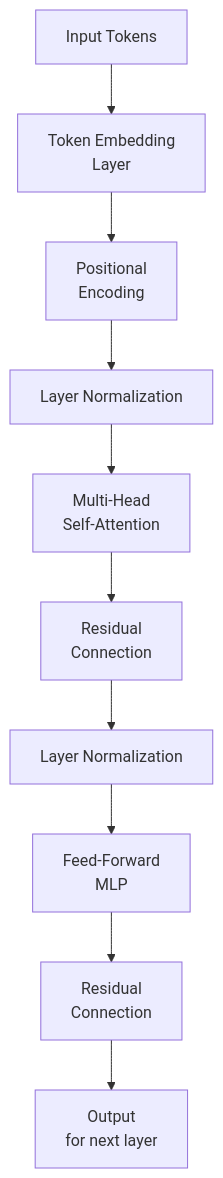
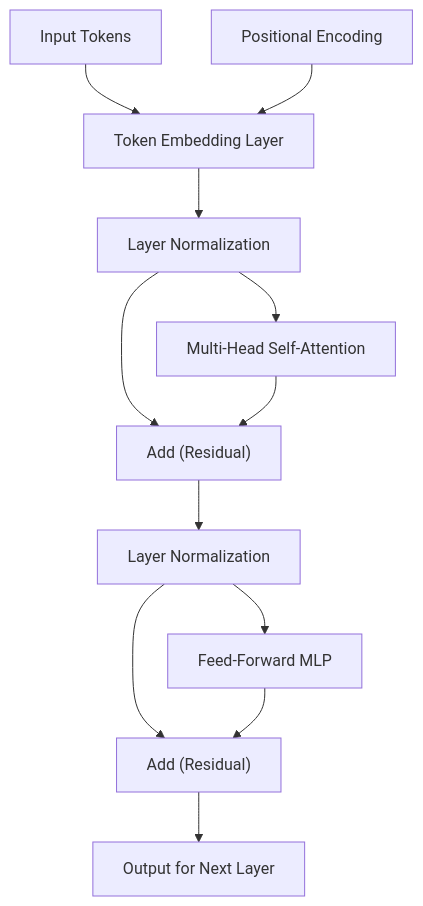
The second of 5 diagrams in src/content/blog/how-llms-works-under-the-hood/index.md (Rhythamtech/rhythamnegi), drawn with Mermaid before and after one commit. The commit also changed other lines of this file and 11 other files, not shown here.

Commit message:
feat: integrate mermaid diagrams and upgrade astro dependencies

````diff
--- a/src/content/blog/how-llms-works-under-the-hood/index.md
+++ b/src/content/blog/how-llms-works-under-the-hood/index.md
@@ -50,12 +50,18 @@
 ```mermaid
-graph TD
-    A[Input Tokens] --> B[Token Embedding<br/>Layer]
-    B --> C[Positional<br/>Encoding]
-    C --> D[Layer Normalization]
-    D --> E[Multi‑Head<br/>Self‑Attention]
-    E --> F[Residual<br/>Connection]
-    F --> G[Layer Normalization]
-    G --> H[Feed‑Forward<br/>MLP]
-    H --> I[Residual<br/>Connection]
-    I --> J[Output<br/>for next layer]
+flowchart TD
+    A["Input Tokens"] --> B["Token Embedding Layer"]
+    C["Positional Encoding"] --> B
+    B --> LN1["Layer Normalization"]
+    
+    LN1 --> MHA["Multi-Head Self-Attention"]
+    LN1 --> Add1["Add (Residual)"]
+    MHA --> Add1
+    
+    Add1 --> LN2["Layer Normalization"]
+    
+    LN2 --> MLP["Feed-Forward MLP"]
+    LN2 --> Add2["Add (Residual)"]
+    MLP --> Add2
+    
+    Add2 --> Out["Output for Next Layer"]
 ```
````
